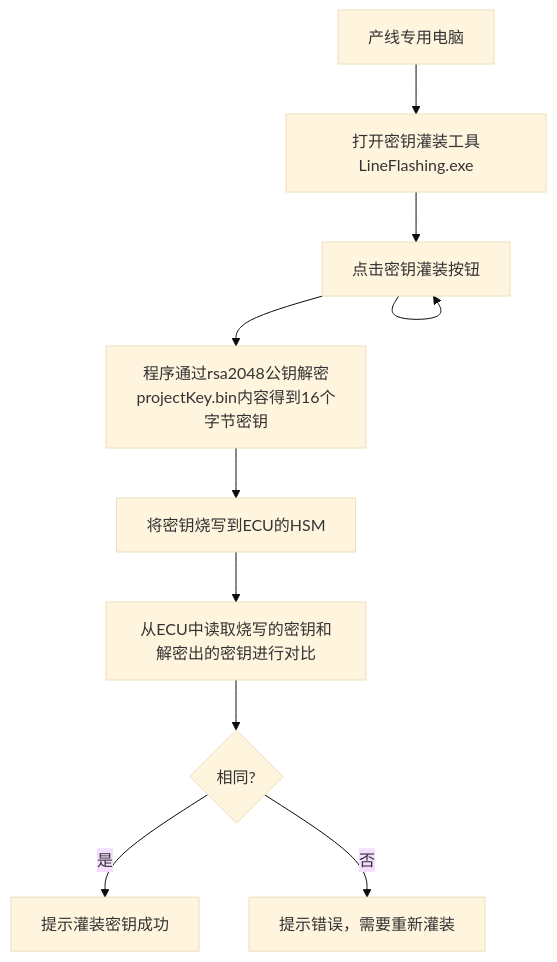
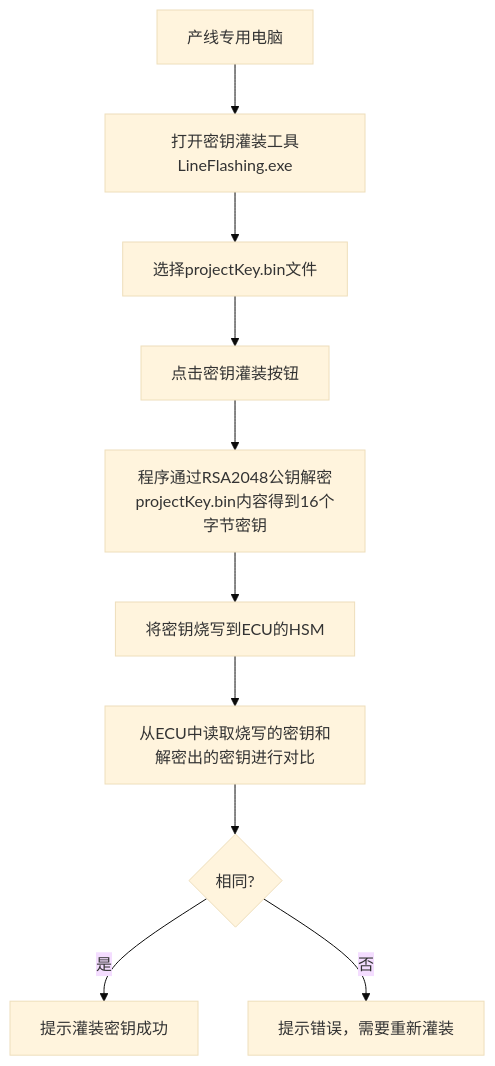
Before and after one commit to facebook-cloud/iodraw-files: the diagram in all/未命名-5.md, drawn with Mermaid (base theme).

Commit message:
2026-01-05 19:51:17 update

````diff
--- a/all/未命名-5.md
+++ b/all/未命名-5.md
@@ -1,13 +1,13 @@
 ```mermaid
 graph TD
     A[产线专用电脑] --> B[打开密钥灌装工具LineFlashing.exe]
     B --> C[选择projectKey.bin文件]
-    C --> C[点击密钥灌装按钮]
-    C --> E[程序通过rsa2048公钥解密projectKey.bin内容得到16个字节密钥]
+    C --> D[点击密钥灌装按钮]
+    D --> E[程序通过RSA2048公钥解密projectKey.bin内容得到16个字节密钥]
     E --> F[将密钥烧写到ECU的HSM]
     F --> G[从ECU中读取烧写的密钥和解密出的密钥进行对比]
     G --> J{相同?}
     J -- 是 --> K[提示灌装密钥成功]
     J -- 否 --> L[提示错误，需要重新灌装]
 
 ```
````
